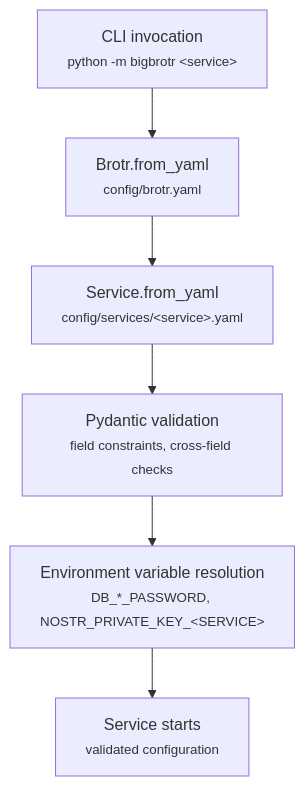
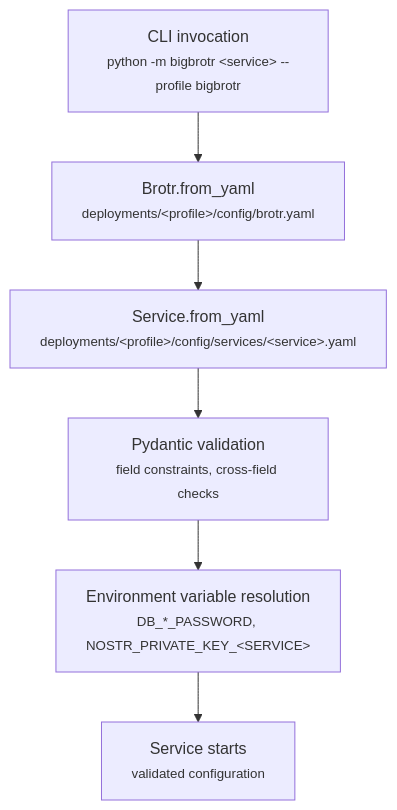
The diagram in docs/user-guide/configuration.md (BigBrotr/bigbrotr), drawn with Mermaid before and after one commit. The commit also changed other lines of this file and 6 other files, not shown here.

````diff
--- a/docs/user-guide/configuration.md
+++ b/docs/user-guide/configuration.md
@@ -18,9 +18,9 @@
 ```mermaid
 flowchart TD
-    A["CLI invocation<br/><small>python -m bigbrotr &lt;service&gt;</small>"] --> B["Brotr.from_yaml<br/><small>config/brotr.yaml</small>"]
-    B --> C["Service.from_yaml<br/><small>config/services/&lt;service&gt;.yaml</small>"]
+    A["CLI invocation<br/><small>python -m bigbrotr &lt;service&gt; --profile bigbrotr</small>"] --> B["Brotr.from_yaml<br/><small>deployments/&lt;profile&gt;/config/brotr.yaml</small>"]
+    B --> C["Service.from_yaml<br/><small>deployments/&lt;profile&gt;/config/services/&lt;service&gt;.yaml</small>"]
     C --> D["Pydantic validation<br/><small>field constraints, cross-field checks</small>"]
     D --> E["Environment variable resolution<br/><small>DB_*_PASSWORD, NOSTR_PRIVATE_KEY_&lt;SERVICE&gt;</small>"]
     E --> F["Service starts<br/><small>validated configuration</small>"]
 
 ```
````
